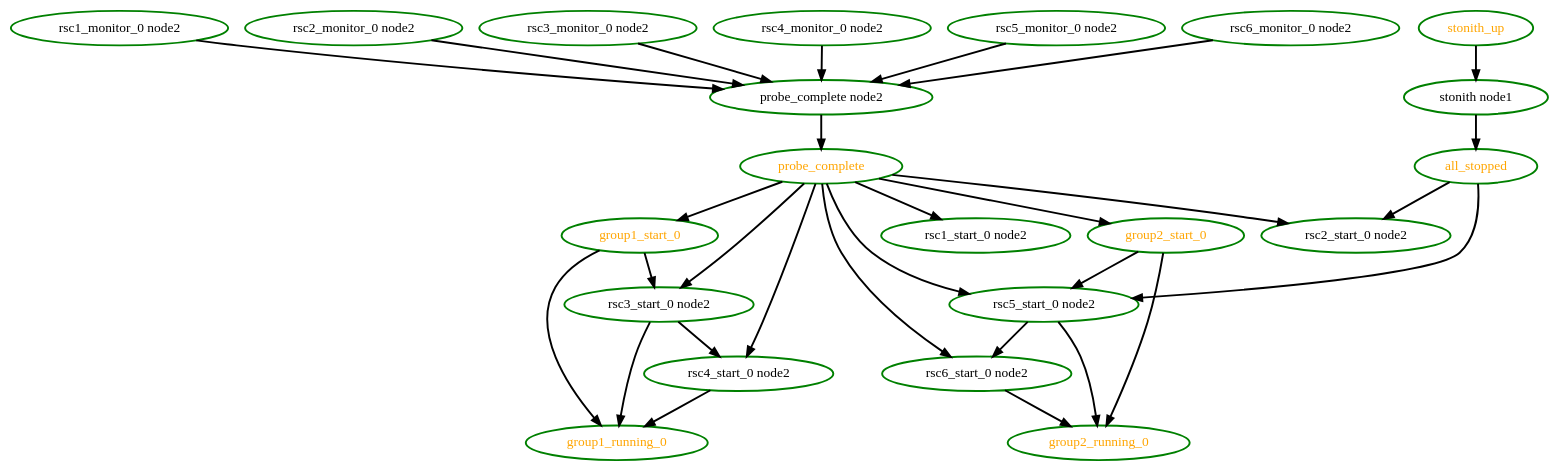
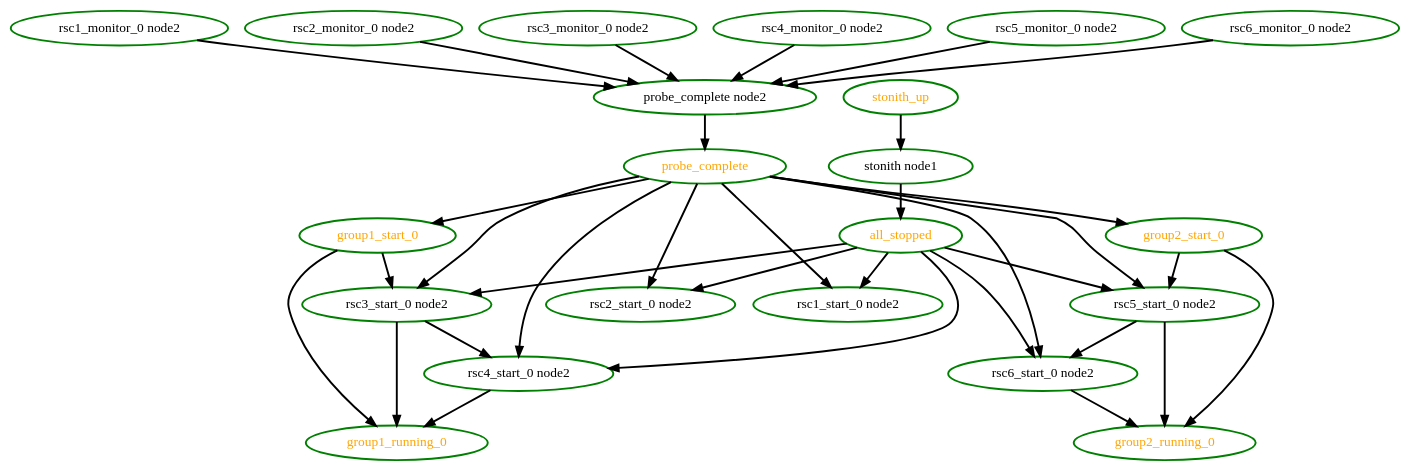
One commit to linux-ha-japan/pm_diskd changed the diagram in pengine/testcases/rec-node-2.dot. Above: the diagram before and after it, drawn with Graphviz. The commit also changed 4 other files, not shown here.

```diff
--- a/pengine/testcases/rec-node-2.dot
+++ b/pengine/testcases/rec-node-2.dot
@@ -1,52 +1,56 @@
  digraph "g" {
+"all_stopped" -> "rsc1_start_0 node2" [ style = bold]
 "all_stopped" -> "rsc2_start_0 node2" [ style = bold]
+"all_stopped" -> "rsc3_start_0 node2" [ style = bold]
+"all_stopped" -> "rsc4_start_0 node2" [ style = bold]
 "all_stopped" -> "rsc5_start_0 node2" [ style = bold]
+"all_stopped" -> "rsc6_start_0 node2" [ style = bold]
 "all_stopped" [ style=bold color="green" fontcolor="orange"  ]
 "group1_running_0" [ style=bold color="green" fontcolor="orange" ]
 "group1_start_0" -> "group1_running_0" [ style = bold]
 "group1_start_0" -> "rsc3_start_0 node2" [ style = bold]
 "group1_start_0" [ style=bold color="green" fontcolor="orange" ]
 "group2_running_0" [ style=bold color="green" fontcolor="orange" ]
 "group2_start_0" -> "group2_running_0" [ style = bold]
 "group2_start_0" -> "rsc5_start_0 node2" [ style = bold]
 "group2_start_0" [ style=bold color="green" fontcolor="orange" ]
 "probe_complete node2" -> "probe_complete" [ style = bold]
 "probe_complete node2" [ style=bold color="green" fontcolor="black" ]
 "probe_complete" -> "group1_start_0" [ style = bold]
 "probe_complete" -> "group2_start_0" [ style = bold]
 "probe_complete" -> "rsc1_start_0 node2" [ style = bold]
 "probe_complete" -> "rsc2_start_0 node2" [ style = bold]
 "probe_complete" -> "rsc3_start_0 node2" [ style = bold]
 "probe_complete" -> "rsc4_start_0 node2" [ style = bold]
 "probe_complete" -> "rsc5_start_0 node2" [ style = bold]
 "probe_complete" -> "rsc6_start_0 node2" [ style = bold]
 "probe_complete" [ style=bold color="green" fontcolor="orange" ]
 "rsc1_monitor_0 node2" -> "probe_complete node2" [ style = bold]
 "rsc1_monitor_0 node2" [ style=bold color="green" fontcolor="black" ]
 "rsc1_start_0 node2" [ style=bold color="green" fontcolor="black" ]
 "rsc2_monitor_0 node2" -> "probe_complete node2" [ style = bold]
 "rsc2_monitor_0 node2" [ style=bold color="green" fontcolor="black" ]
 "rsc2_start_0 node2" [ style=bold color="green" fontcolor="black" ]
 "rsc3_monitor_0 node2" -> "probe_complete node2" [ style = bold]
 "rsc3_monitor_0 node2" [ style=bold color="green" fontcolor="black" ]
 "rsc3_start_0 node2" -> "group1_running_0" [ style = bold]
 "rsc3_start_0 node2" -> "rsc4_start_0 node2" [ style = bold]
 "rsc3_start_0 node2" [ style=bold color="green" fontcolor="black" ]
 "rsc4_monitor_0 node2" -> "probe_complete node2" [ style = bold]
 "rsc4_monitor_0 node2" [ style=bold color="green" fontcolor="black" ]
 "rsc4_start_0 node2" -> "group1_running_0" [ style = bold]
 "rsc4_start_0 node2" [ style=bold color="green" fontcolor="black" ]
 "rsc5_monitor_0 node2" -> "probe_complete node2" [ style = bold]
 "rsc5_monitor_0 node2" [ style=bold color="green" fontcolor="black" ]
 "rsc5_start_0 node2" -> "group2_running_0" [ style = bold]
 "rsc5_start_0 node2" -> "rsc6_start_0 node2" [ style = bold]
 "rsc5_start_0 node2" [ style=bold color="green" fontcolor="black" ]
 "rsc6_monitor_0 node2" -> "probe_complete node2" [ style = bold]
 "rsc6_monitor_0 node2" [ style=bold color="green" fontcolor="black" ]
 "rsc6_start_0 node2" -> "group2_running_0" [ style = bold]
 "rsc6_start_0 node2" [ style=bold color="green" fontcolor="black" ]
 "stonith node1" -> "all_stopped" [ style = bold]
 "stonith node1" [ style=bold color="green" fontcolor="black" ]
 "stonith_up" -> "stonith node1" [ style = bold]
 "stonith_up" [ style=bold color="green" fontcolor="orange"  ]
 }
```
